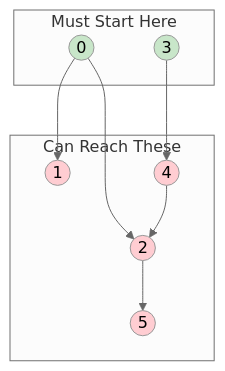
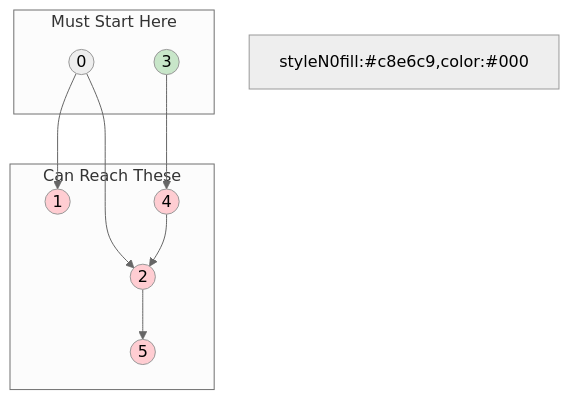
Before and after one commit to vadde/DSA: the diagram in 13 - Graphs/problem_08_min_vertices_reach_all_walkthrough.md, drawn with Mermaid (neutral theme). The commit also changed 245 other files, not shown here.

First line of the commit message:
fix: Forensic fix of all Mermaid rendering issues across entire DSA repo + add pre-commit validation infrastructure

````diff
--- a/13 - Graphs/problem_08_min_vertices_reach_all_walkthrough.md
+++ b/13 - Graphs/problem_08_min_vertices_reach_all_walkthrough.md
@@ -47,28 +47,28 @@
 ```mermaid
 flowchart TD
-    subgraph Must Start Here
+    subgraph MustStartHere [Must Start Here]
         N0((0))
         N3((3))
     end
     
-    subgraph Can Reach These
+    subgraph CanReachThese [Can Reach These]
         N1((1))
         N2((2))
         N4((4))
         N5((5))
     end
-    
-    N0 --> N1
-    N0 --> N2
+
+N0 --> N1
+N0 --> N2
     N3 --> N4
-    N4 --> N2
+N4 --> N2
     N2 --> N5
-    
-    style N0 fill:#c8e6c9,color:#000
+
+styleN0fill:#c8e6c9,color:#000
     style N3 fill:#c8e6c9,color:#000
     
     style N1 fill:#ffcdd2,color:#000
     style N2 fill:#ffcdd2,color:#000
     style N4 fill:#ffcdd2,color:#000
     style N5 fill:#ffcdd2,color:#000
 ```
````
